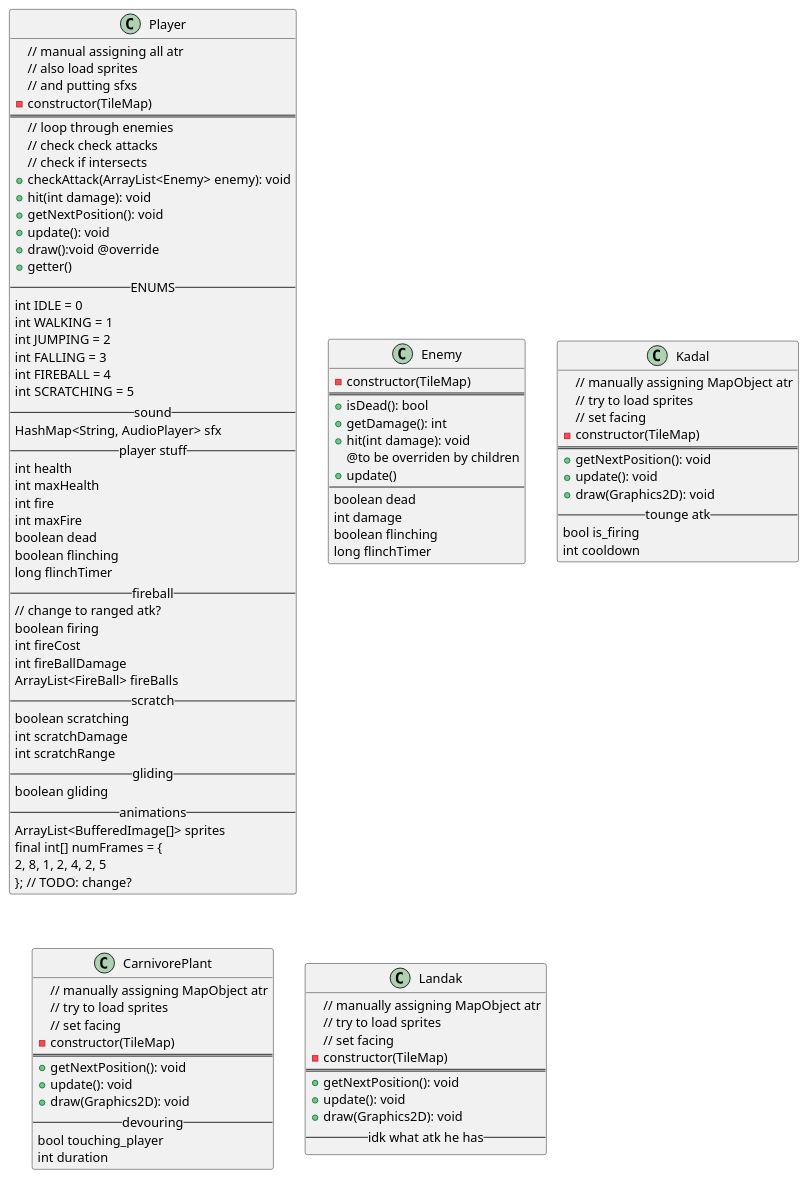
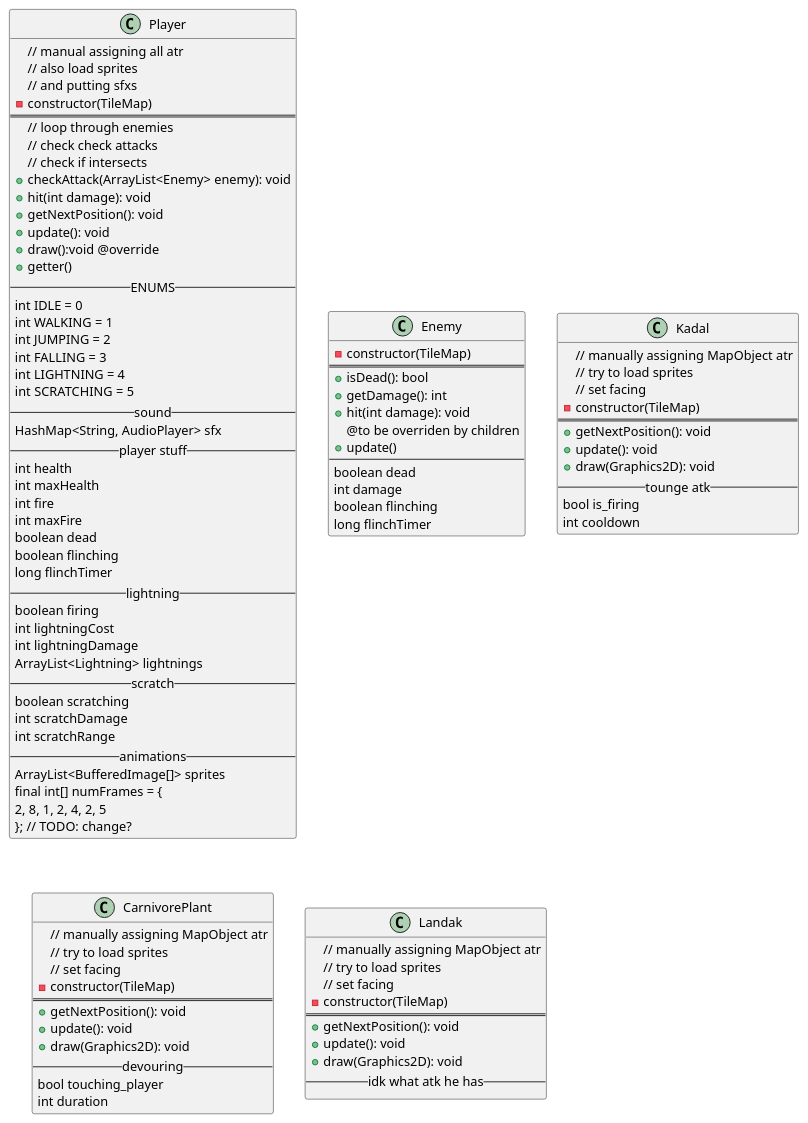
One commit to ryohilmi/peebojump changed the diagram in src/Entity/EntityClassDiagram.puml. Above: the diagram before and after it, drawn with PlantUML. The commit also changed 1 other file, not shown here.

Commit message:
ganti fireball jadi Lightnign, tambah relation diagram buat Lightning dan Explosion

```diff
--- a/src/Entity/EntityClassDiagram.puml
+++ b/src/Entity/EntityClassDiagram.puml
@@ -1,104 +1,101 @@
 @startuml
 class Player {
 // manual assigning all atr
 // also load sprites
 // and putting sfxs
 - constructor(TileMap)
 ==
 // loop through enemies
 // check check attacks
 // check if intersects
 + checkAttack(ArrayList<Enemy> enemy): void
 + hit(int damage): void
 + getNextPosition(): void
 + update(): void
 + draw():void @override
 + getter()
 --ENUMS--
 int IDLE = 0
 int WALKING = 1
 int JUMPING = 2
 int FALLING = 3
-int FIREBALL = 4
+int LIGHTNING = 4
 int SCRATCHING = 5
 --sound--
 HashMap<String, AudioPlayer> sfx
 --player stuff--
 int health
 int maxHealth
 int fire
 int maxFire
 boolean dead
 boolean flinching
 long flinchTimer
---fireball--
-// change to ranged atk?
+--lightning--
 boolean firing
-int fireCost
-int fireBallDamage
-ArrayList<FireBall> fireBalls
+int lightningCost
+int lightningDamage
+ArrayList<Lightning> lightnings
 --scratch--
 boolean scratching
 int scratchDamage
 int scratchRange
---gliding--
-boolean gliding
 --animations--
 ArrayList<BufferedImage[]> sprites
 final int[] numFrames = {
     2, 8, 1, 2, 4, 2, 5
 }; // TODO: change?
 }
 
 class Enemy {
 - constructor(TileMap)
 ==
 + isDead(): bool
 + getDamage(): int
 + hit(int damage): void
 @to be overriden by children
 + update()
 --
 boolean dead
 int damage
 boolean flinching
 long flinchTimer
 }
 class Kadal {
 // manually assigning MapObject atr
 // try to load sprites
 // set facing
 - constructor(TileMap)
 ==
 + getNextPosition(): void
 + update(): void
 + draw(Graphics2D): void
 --tounge atk--
 bool is_firing
 int cooldown
 }
 class CarnivorePlant {
 // manually assigning MapObject atr
 // try to load sprites
 // set facing
 - constructor(TileMap)
 ==
 + getNextPosition(): void
 + update(): void
 + draw(Graphics2D): void
 --devouring--
 bool touching_player
 int duration
 }
 class Landak {
 // manually assigning MapObject atr
 // try to load sprites
 // set facing
 - constructor(TileMap)
 ==
 + getNextPosition(): void
 + update(): void
 + draw(Graphics2D): void
 --idk what atk he has--
 }
 @enduml
```
